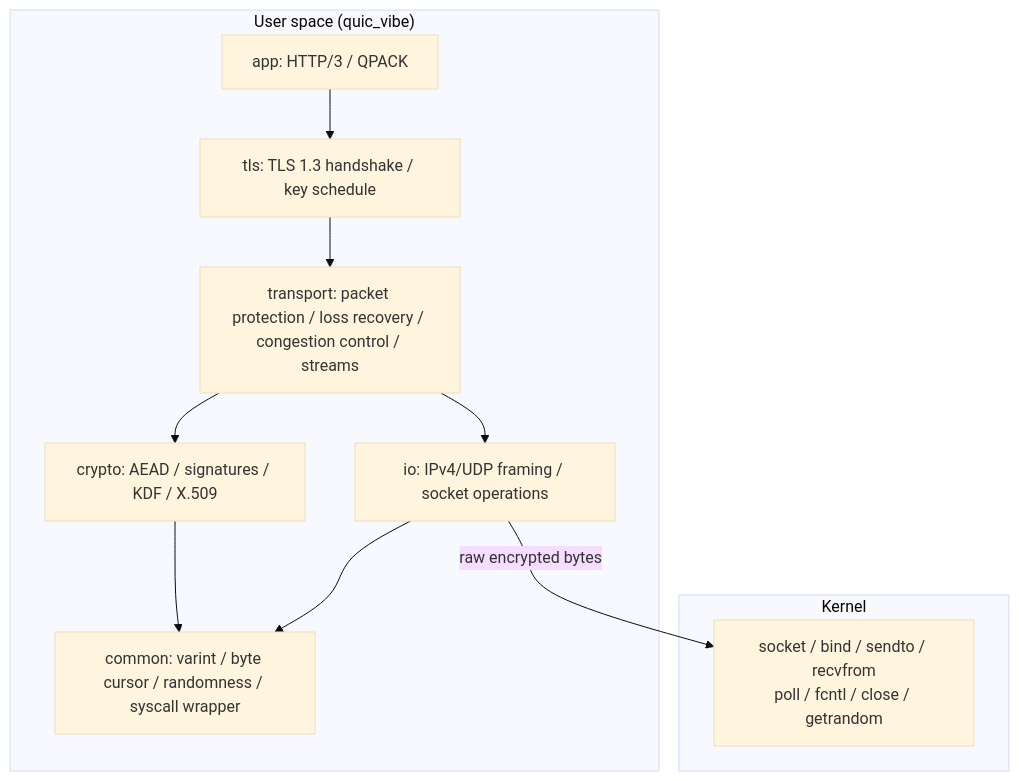
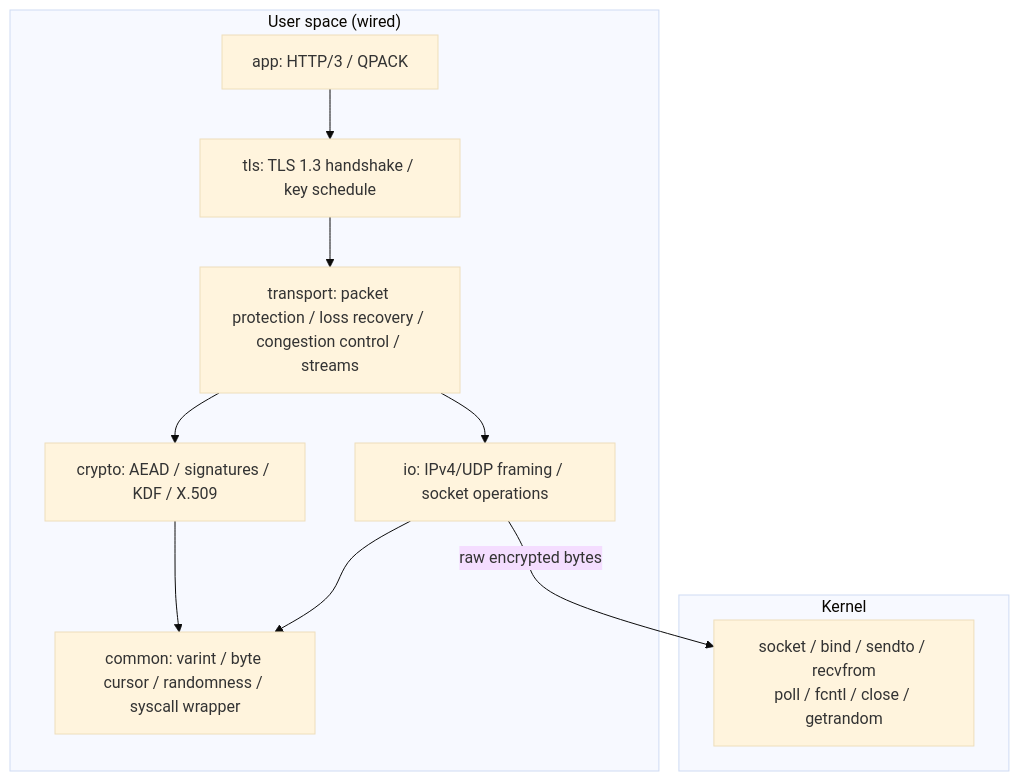
One commit to Hakkadaikon/quic_vibe changed the first of 5 diagrams in docs/arch/overview.md. Above: the diagram before and after it, drawn with Mermaid (base theme). The commit also changed other lines of this file and 4 other files, not shown here.

Commit message:
docs: rename project quic_vibe -> wired

````diff
--- a/docs/arch/overview.md
+++ b/docs/arch/overview.md
@@ -22,18 +22,18 @@
 ```mermaid
 flowchart TB
-    subgraph US["User space (quic_vibe)"]
+    subgraph US["User space (wired)"]
         APP["app: HTTP/3 / QPACK"]
         TLS["tls: TLS 1.3 handshake / key schedule"]
         TRANSPORT["transport: packet protection / loss recovery / congestion control / streams"]
         CRYPTO["crypto: AEAD / signatures / KDF / X.509"]
         COMMON["common: varint / byte cursor / randomness / syscall wrapper"]
         IO["io: IPv4/UDP framing / socket operations"]
         APP --> TLS --> TRANSPORT --> CRYPTO --> COMMON
         TRANSPORT --> IO
         IO --> COMMON
     end
     subgraph K["Kernel"]
         SC["socket / bind / sendto / recvfrom<br/>poll / fcntl / close / getrandom"]
     end
     IO -- "raw encrypted bytes" --> SC
 ```
````
